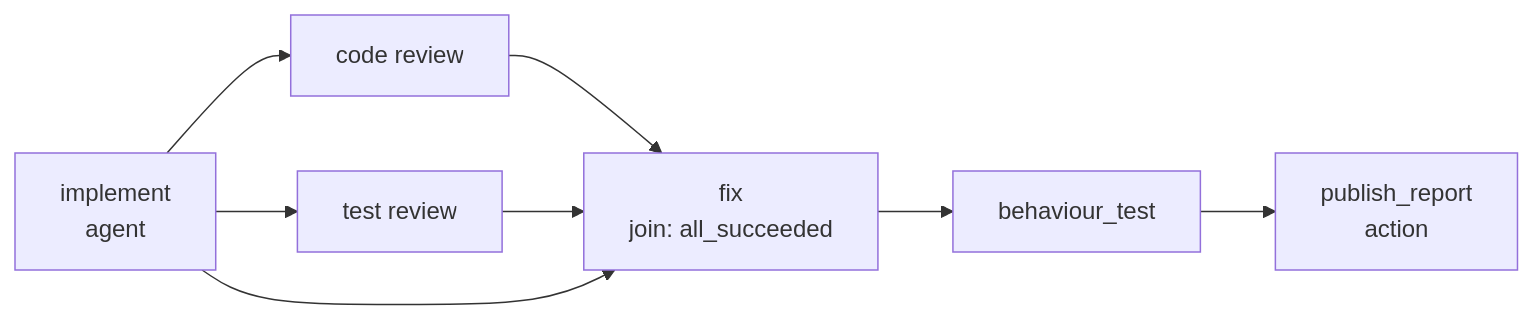
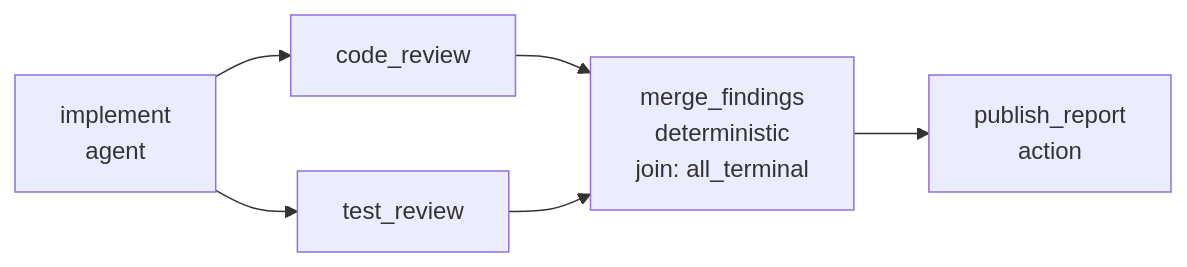
Before and after one commit to Felix-Hummert/atelier-2: the diagram in docs/decisions/0006-node-vocabulary.md, drawn with Mermaid. The commit also changed other lines of this file, not shown here.

````diff
--- a/docs/decisions/0006-node-vocabulary.md
+++ b/docs/decisions/0006-node-vocabulary.md
@@ -686,10 +797,8 @@
 ```mermaid
 flowchart LR
-    I[implement<br/>agent] --> RC[code review]
-    I --> RT[test review]
-    RC --> F[fix<br/>join: all_succeeded]
-    RT --> F
-    I --> F
-    F --> B[behaviour_test]
-    B --> P[publish_report<br/>action]
+    I[implement<br/>agent] --> RC[code_review]
+    I --> RT[test_review]
+    RC --> M[merge_findings<br/>deterministic<br/>join: all_terminal]
+    RT --> M
+    M --> P[publish_report<br/>action]
 ```
````
